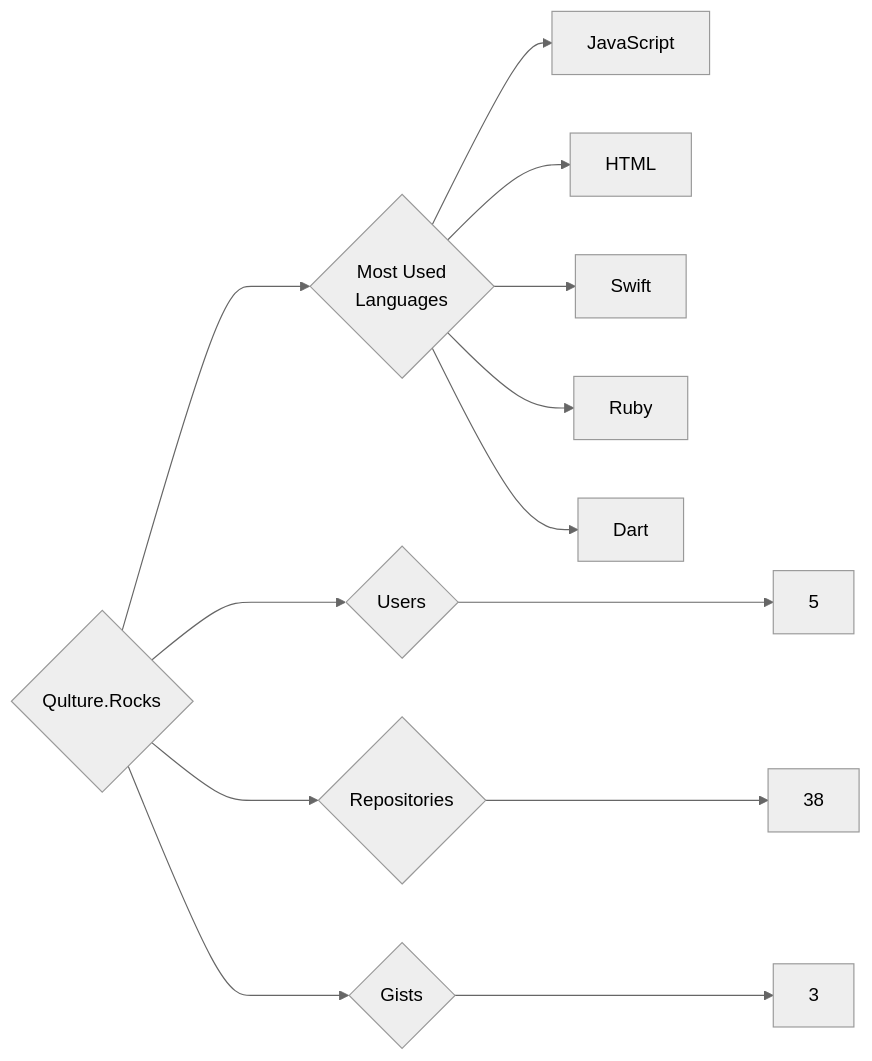
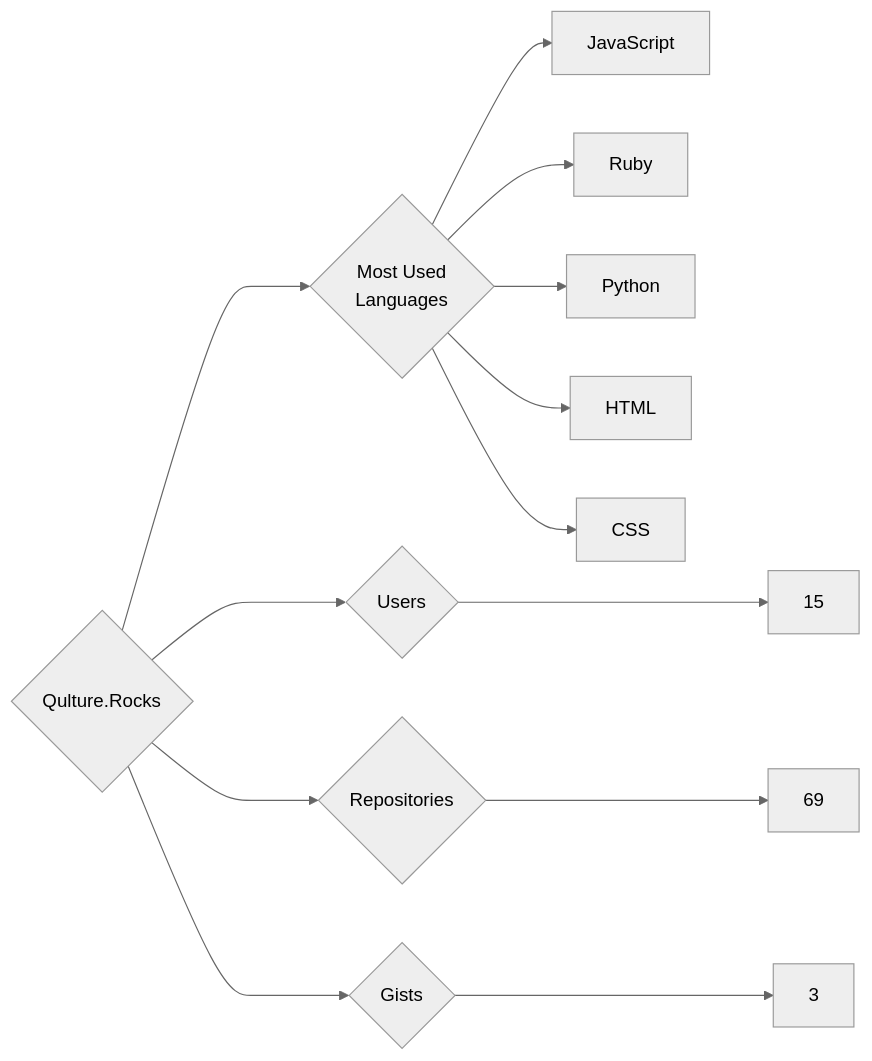
The diagram in targets/Qulture.Rocks/README.md (trickest/insiders), drawn with Mermaid (neutral theme) before and after one commit. The commit also changed 829 other files, not shown here.

````diff
--- a/targets/Qulture.Rocks/README.md
+++ b/targets/Qulture.Rocks/README.md
@@ -3,13 +3,13 @@
 ```mermaid
 graph LR
 COMPANY_NAME{Qulture.Rocks}
-COMPANY_NAME ---> U{Users} ---> UN[5]
-COMPANY_NAME ---> R{Repositories} ---> RN[38]
+COMPANY_NAME ---> U{Users} ---> UN[15]
+COMPANY_NAME ---> R{Repositories} ---> RN[69]
 COMPANY_NAME ---> G{Gists} ---> GN[3]
 COMPANY_NAME ---> ML{Most Used<br>Languages}
 ML --> JavaScript[JavaScript]
+ML --> Ruby[Ruby]
+ML --> Python[Python]
 ML --> HTML[HTML]
-ML --> Swift[Swift]
-ML --> Ruby[Ruby]
-ML --> Dart[Dart]
+ML --> CSS[CSS]
 ```
````
